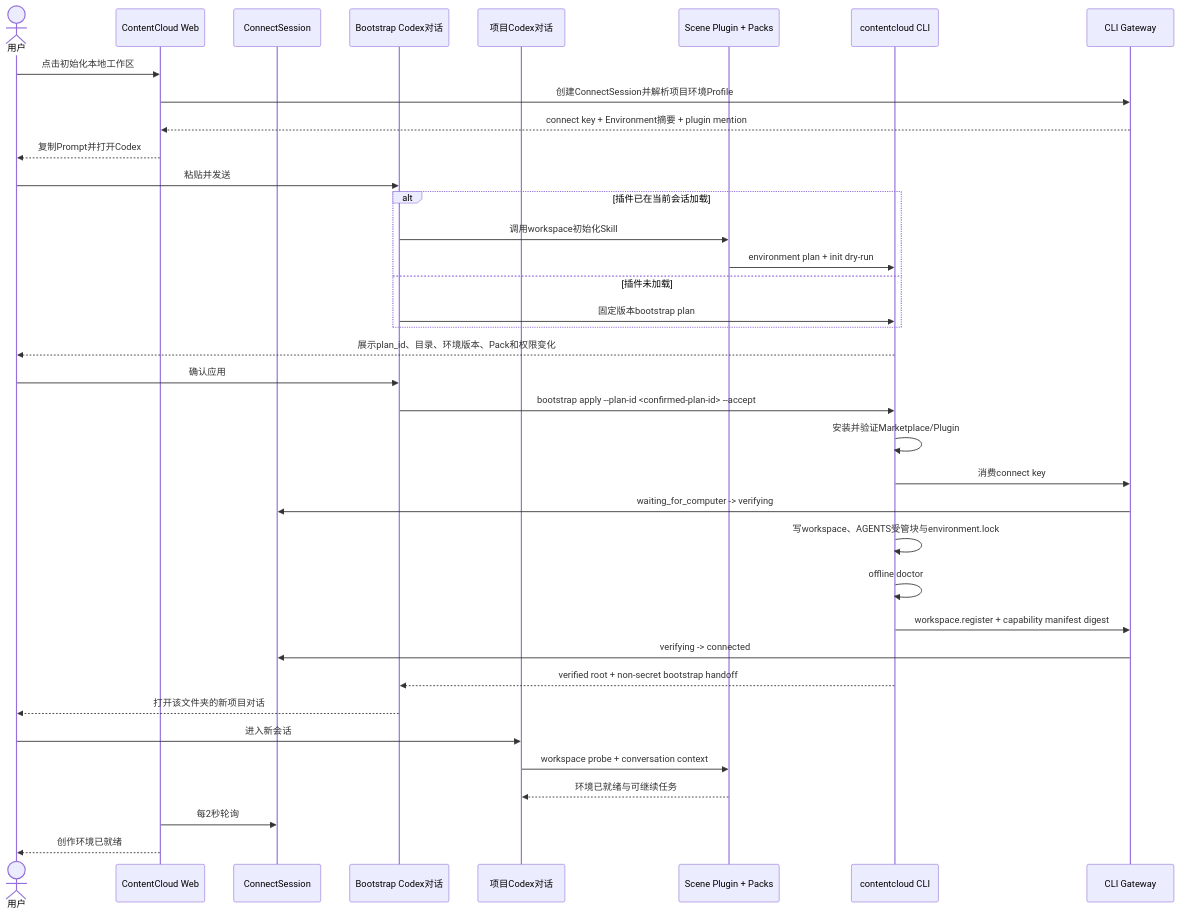
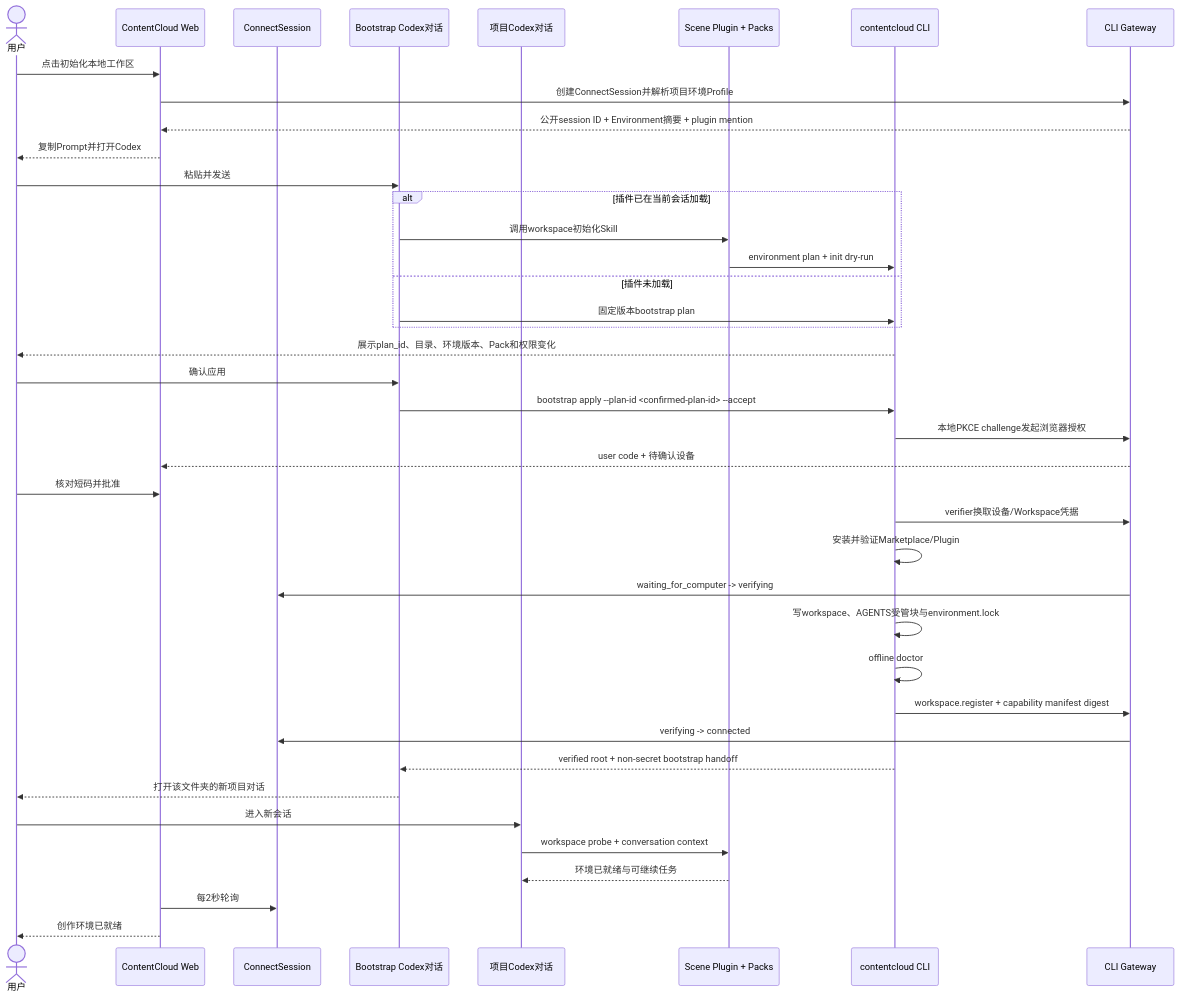
The second of 6 diagrams in docs/roadmap/plugin/README.md (limecloud/contentcloud), drawn with Mermaid before and after one commit. The commit also changed other lines of this file and 81 other files, not shown here.

````diff
--- a/docs/roadmap/plugin/README.md
+++ b/docs/roadmap/plugin/README.md
@@ -579,40 +581,43 @@
 ```mermaid
 sequenceDiagram
     actor U as 用户
     participant W as ContentCloud Web
     participant S as ConnectSession
     participant B as Bootstrap Codex对话
     participant C as 项目Codex对话
     participant P as Scene Plugin + Packs
     participant CLI as contentcloud CLI
     participant API as CLI Gateway
 
     U->>W: 点击初始化本地工作区
     W->>API: 创建ConnectSession并解析项目环境Profile
-    API-->>W: connect key + Environment摘要 + plugin mention
+    API-->>W: 公开session ID + Environment摘要 + plugin mention
     W-->>U: 复制Prompt并打开Codex
     U->>B: 粘贴并发送
     alt 插件已在当前会话加载
         B->>P: 调用workspace初始化Skill
         P->>CLI: environment plan + init dry-run
     else 插件未加载
         B->>CLI: 固定版本bootstrap plan
     end
     CLI-->>U: 展示plan_id、目录、环境版本、Pack和权限变化
     U->>B: 确认应用
     B->>CLI: bootstrap apply --plan-id <confirmed-plan-id> --accept
+    CLI->>API: 本地PKCE challenge发起浏览器授权
+    API-->>W: user code + 待确认设备
+    U->>W: 核对短码并批准
+    CLI->>API: verifier换取设备/Workspace凭据
     CLI->>CLI: 安装并验证Marketplace/Plugin
-    CLI->>API: 消费connect key
     API->>S: waiting_for_computer -> verifying
     CLI->>CLI: 写workspace、AGENTS受管块与environment.lock
     CLI->>CLI: offline doctor
     CLI->>API: workspace.register + capability manifest digest
     API->>S: verifying -> connected
     CLI-->>B: verified root + non-secret bootstrap handoff
     B-->>U: 打开该文件夹的新项目对话
     U->>C: 进入新会话
     C->>P: workspace probe + conversation context
     P-->>C: 环境已就绪与可继续任务
     W->>S: 每2秒轮询
     W-->>U: 创作环境已就绪
 ```
````
